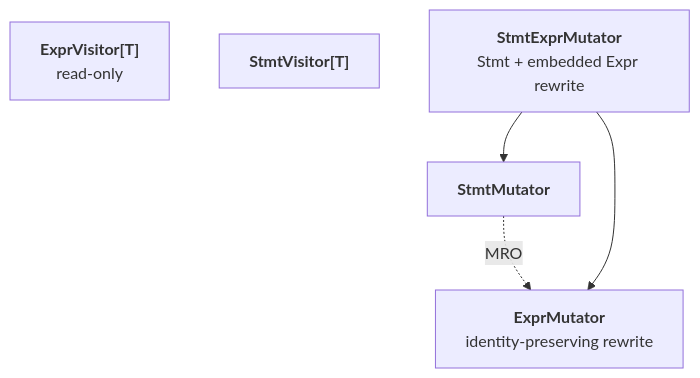
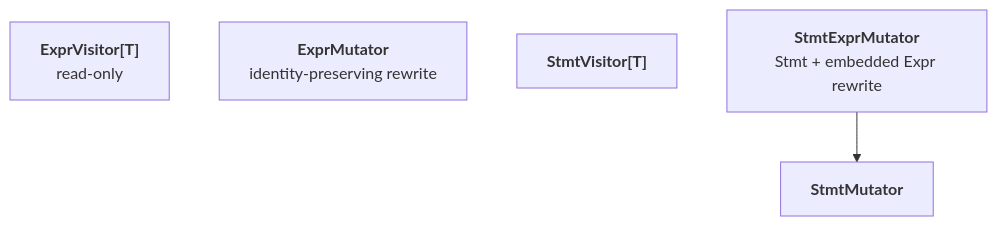
The diagram in docs/spec/visitor-mutator.md (tile-ai/TileFoundry), drawn with Mermaid before and after one commit. The commit also changed other lines of this file and 232 other files, not shown here.

````diff
--- a/docs/spec/visitor-mutator.md
+++ b/docs/spec/visitor-mutator.md
@@ -8,12 +8,10 @@
 ```mermaid
 flowchart TB
     ExprVisitor["<b>ExprVisitor[T]</b><br/>read-only"]
     ExprMutator["<b>ExprMutator</b><br/>identity-preserving rewrite"]
     StmtVisitor["<b>StmtVisitor[T]</b>"]
     StmtMutator["<b>StmtMutator</b>"]
     StmtExprMutator["<b>StmtExprMutator</b><br/>Stmt + embedded Expr rewrite"]
 
-    StmtMutator -. "MRO" .-> ExprMutator
     StmtExprMutator --> StmtMutator
-    StmtExprMutator --> ExprMutator
 ```
````
